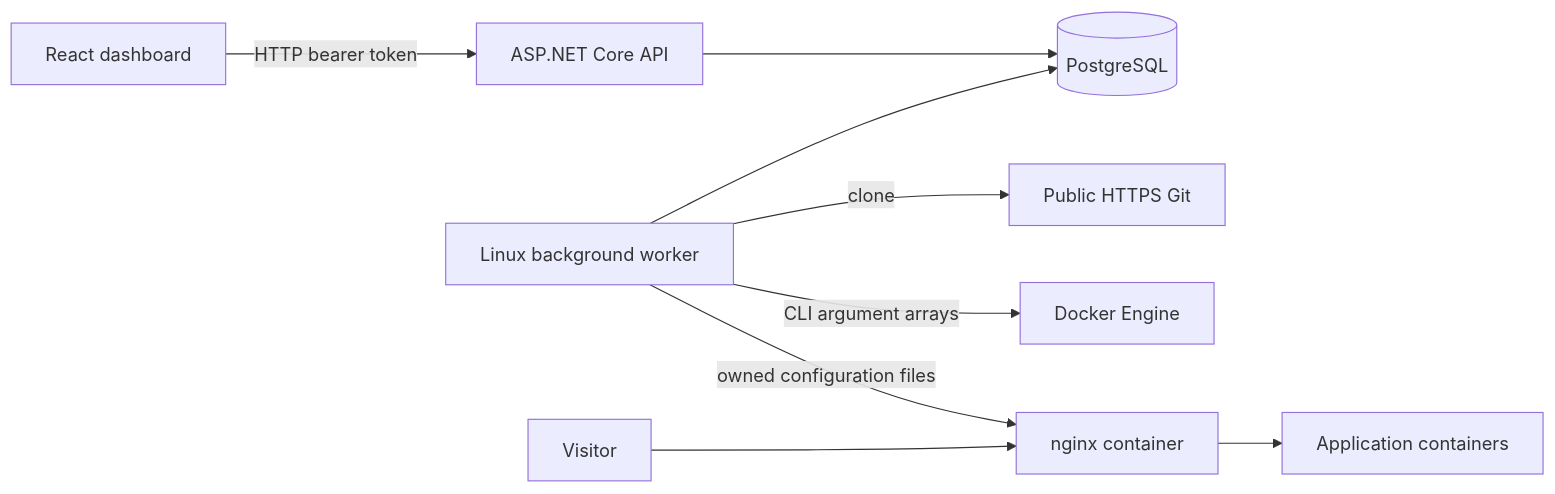
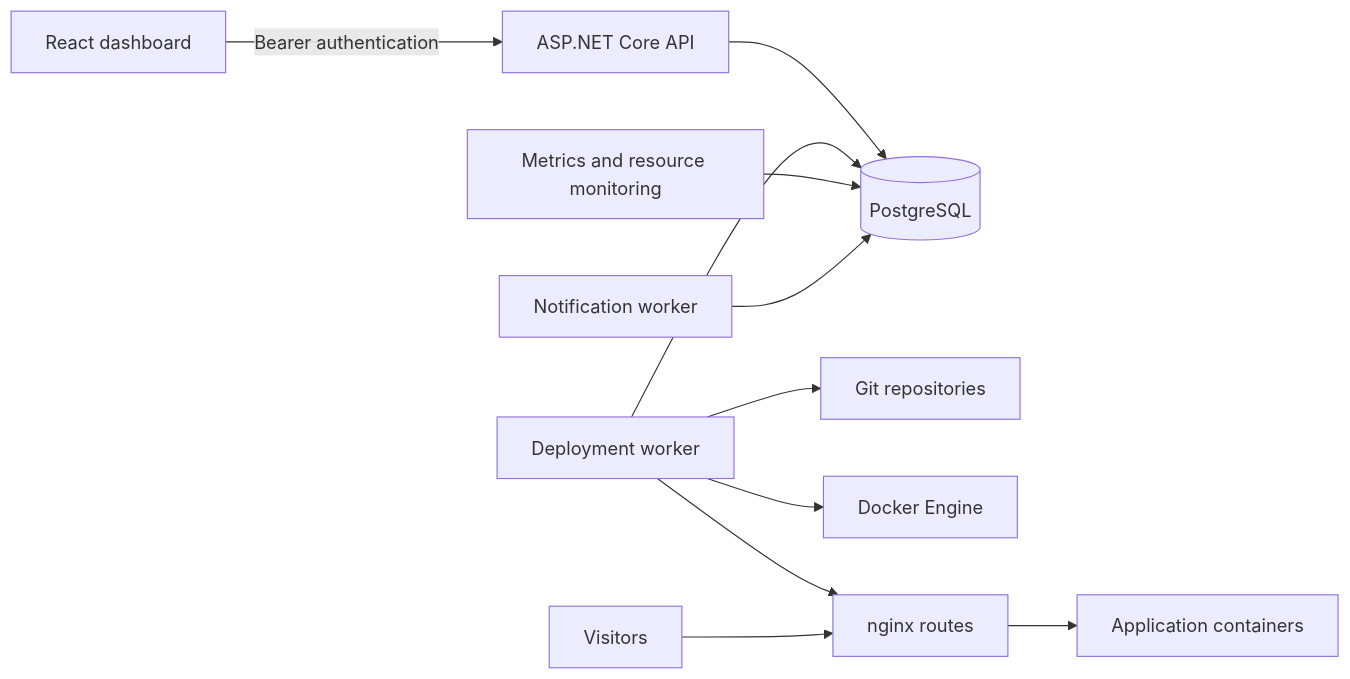
Before and after one commit to nikolliervin/ForgeDock: the diagram in docs/ARCHITECTURE.md, drawn with Mermaid. The commit also changed other lines of this file and 145 other files, not shown here.

Commit message:
Review backend architecture and revise frontend with tested scheduled jobs

````diff
--- a/docs/ARCHITECTURE.md
+++ b/docs/ARCHITECTURE.md
@@ -7,11 +5,13 @@
 ```mermaid
 flowchart LR
-    Browser[React dashboard] -->|HTTP bearer token| API[ASP.NET Core API]
+    Browser[React dashboard] -->|Bearer authentication| API[ASP.NET Core API]
     API --> DB[(PostgreSQL)]
-    Worker[Linux background worker] --> DB
-    Worker -->|clone| Git[Public HTTPS Git]
-    Worker -->|CLI argument arrays| Docker[Docker Engine]
-    Worker -->|owned configuration files| nginx[nginx container]
-    nginx --> App[Application containers]
-    Visitor --> nginx
+    Worker[Deployment worker] --> DB
+    Worker --> Git[Git repositories]
+    Worker --> Docker[Docker Engine]
+    Worker --> nginx[nginx routes]
+    Collectors[Metrics and resource monitoring] --> DB
+    Notifications[Notification worker] --> DB
+    Visitors --> nginx
+    nginx --> Apps[Application containers]
 ```
````
